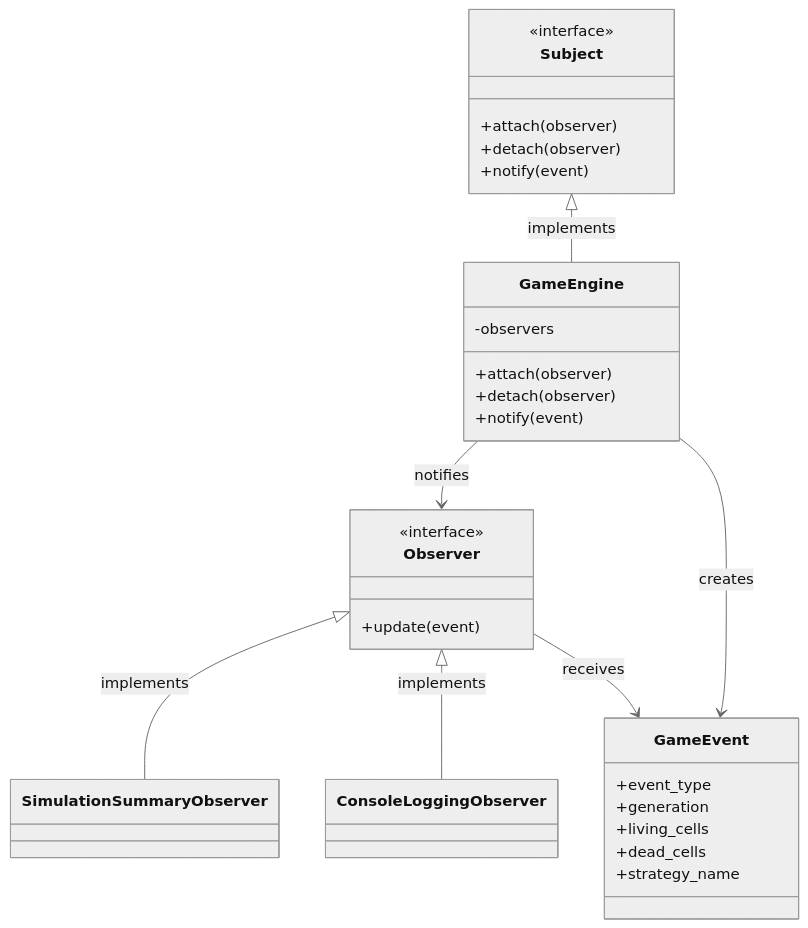
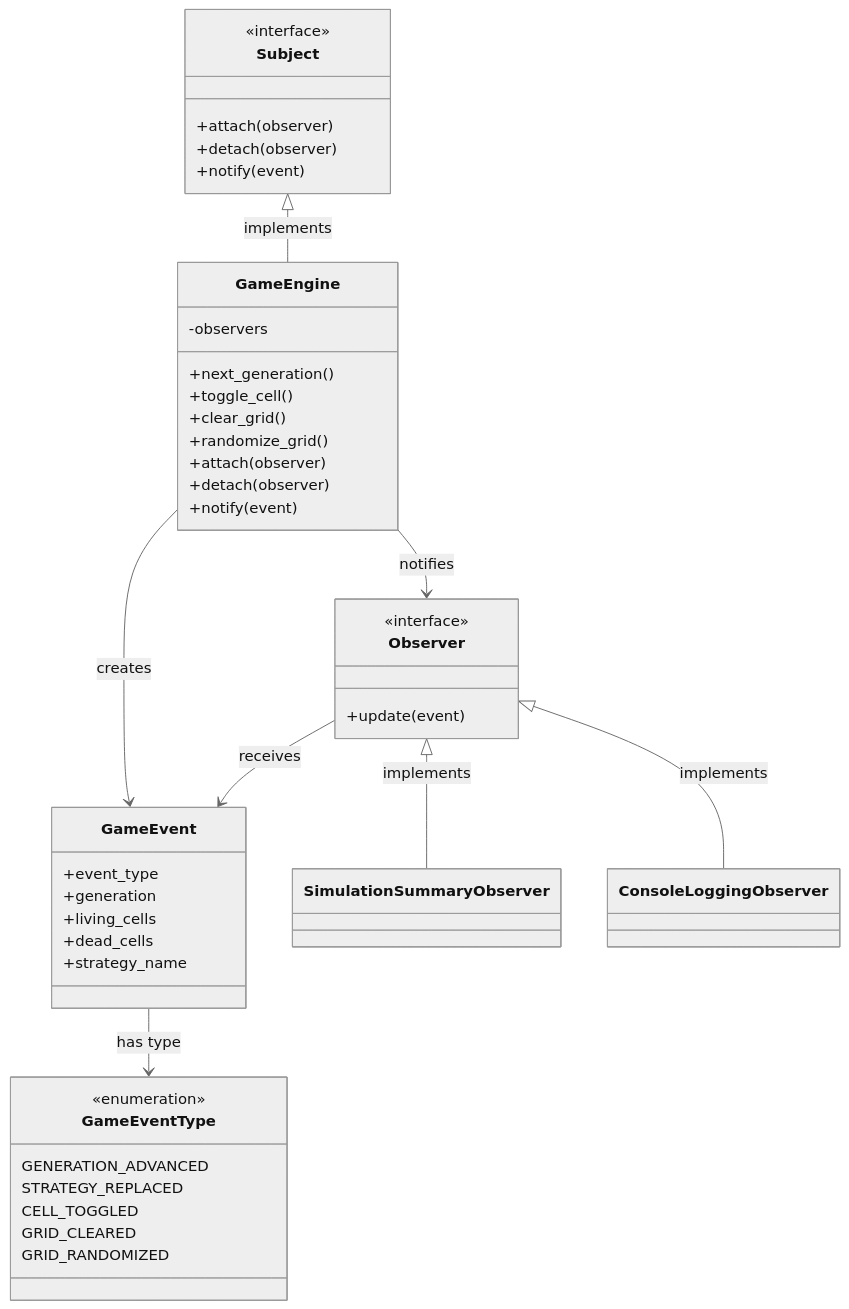
The diagram in docs/observer_diagram.md (Stentzler/game-of-life-design-patterns), drawn with Mermaid (neutral theme) before and after one commit. The commit also changed 22 other files, not shown here.

````diff
--- a/docs/observer_diagram.md
+++ b/docs/observer_diagram.md
@@ -1,42 +1,56 @@
 ```mermaid
 classDiagram
     class Subject {
         <<interface>>
         +attach(observer)
         +detach(observer)
         +notify(event)
     }
 
     class Observer {
         <<interface>>
         +update(event)
     }
 
     class GameEngine {
         -observers
+        +next_generation()
+        +toggle_cell()
+        +clear_grid()
+        +randomize_grid()
         +attach(observer)
         +detach(observer)
         +notify(event)
     }
 
     class GameEvent {
         +event_type
         +generation
         +living_cells
         +dead_cells
         +strategy_name
     }
 
+    class GameEventType {
+        <<enumeration>>
+        GENERATION_ADVANCED
+        STRATEGY_REPLACED
+        CELL_TOGGLED
+        GRID_CLEARED
+        GRID_RANDOMIZED
+    }
+
     class SimulationSummaryObserver {
     }
 
     class ConsoleLoggingObserver {
     }
 
     Subject <|-- GameEngine : implements
     Observer <|-- SimulationSummaryObserver : implements
     Observer <|-- ConsoleLoggingObserver : implements
     GameEngine --> Observer : notifies
     GameEngine --> GameEvent : creates
+    GameEvent --> GameEventType : has type
     Observer --> GameEvent : receives
 ```
````
